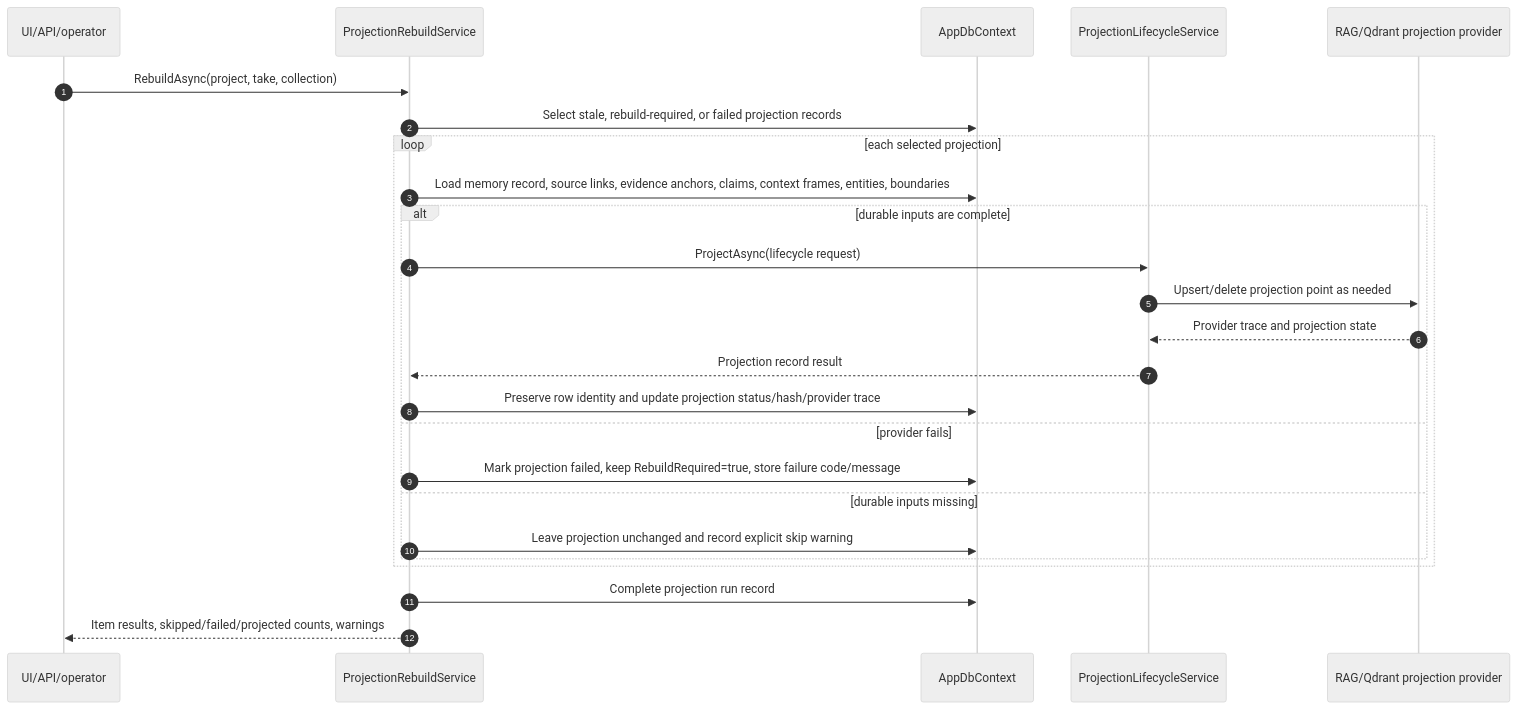
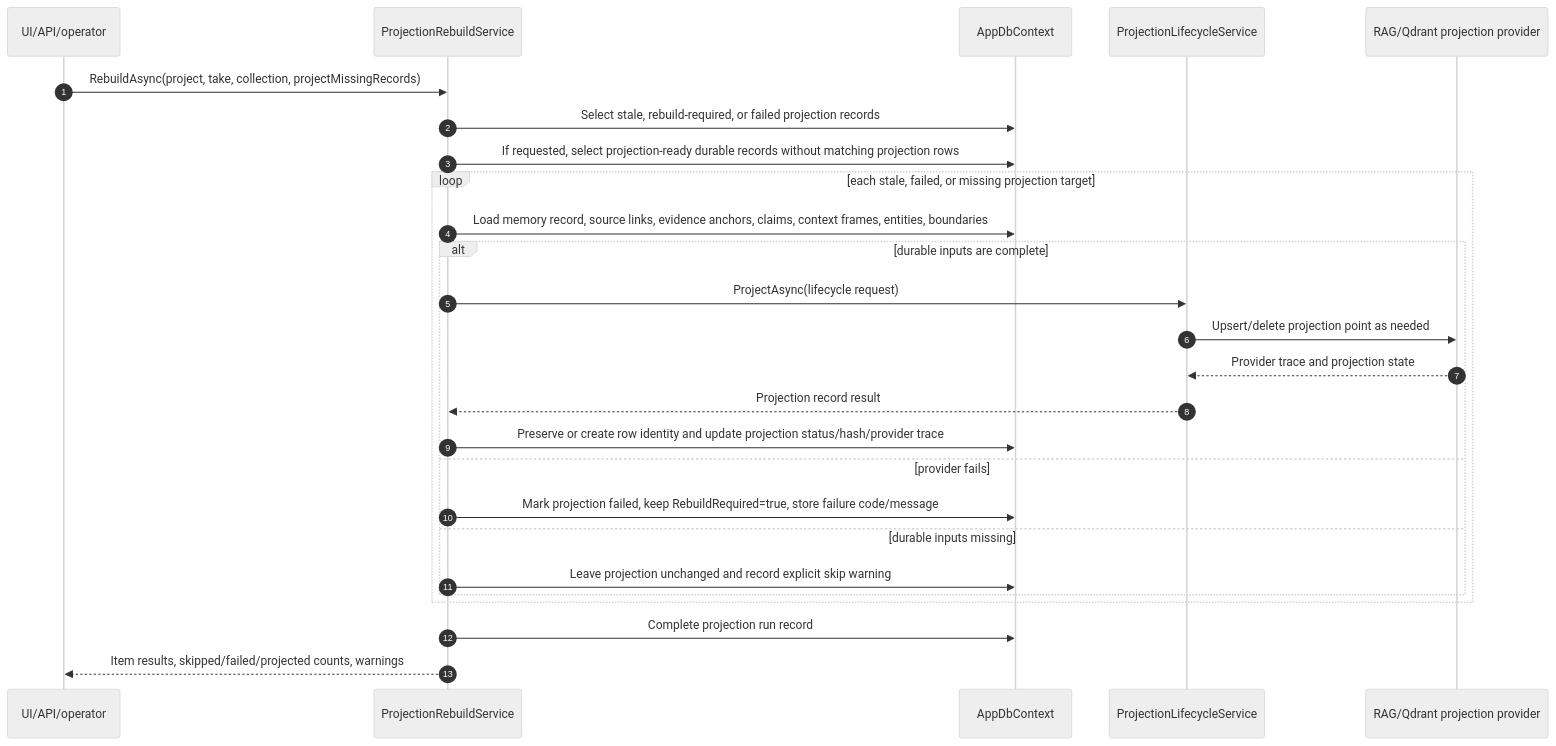
One commit to fyziktom/CanDoItAll changed the fourth of 8 diagrams in docs/cognitive-memory/architecture/runtime-flows.md. Above: the diagram before and after it, drawn with Mermaid (neutral theme). The commit also changed other lines of this file and 61 other files, not shown here.

````diff
--- a/docs/cognitive-memory/architecture/runtime-flows.md
+++ b/docs/cognitive-memory/architecture/runtime-flows.md
@@ -89,28 +89,29 @@
 ```mermaid
 sequenceDiagram
     autonumber
     participant Caller as UI/API/operator
     participant Rebuild as ProjectionRebuildService
     participant Db as AppDbContext
     participant Lifecycle as ProjectionLifecycleService
     participant Provider as RAG/Qdrant projection provider
 
-    Caller->>Rebuild: RebuildAsync(project, take, collection)
+    Caller->>Rebuild: RebuildAsync(project, take, collection, projectMissingRecords)
     Rebuild->>Db: Select stale, rebuild-required, or failed projection records
-    loop each selected projection
+    Rebuild->>Db: If requested, select projection-ready durable records without matching projection rows
+    loop each stale, failed, or missing projection target
         Rebuild->>Db: Load memory record, source links, evidence anchors, claims, context frames, entities, boundaries
         alt durable inputs are complete
             Rebuild->>Lifecycle: ProjectAsync(lifecycle request)
             Lifecycle->>Provider: Upsert/delete projection point as needed
             Provider-->>Lifecycle: Provider trace and projection state
             Lifecycle-->>Rebuild: Projection record result
-            Rebuild->>Db: Preserve row identity and update projection status/hash/provider trace
+            Rebuild->>Db: Preserve or create row identity and update projection status/hash/provider trace
         else provider fails
             Rebuild->>Db: Mark projection failed, keep RebuildRequired=true, store failure code/message
         else durable inputs missing
             Rebuild->>Db: Leave projection unchanged and record explicit skip warning
         end
     end
     Rebuild->>Db: Complete projection run record
     Rebuild-->>Caller: Item results, skipped/failed/projected counts, warnings
 ```
````
